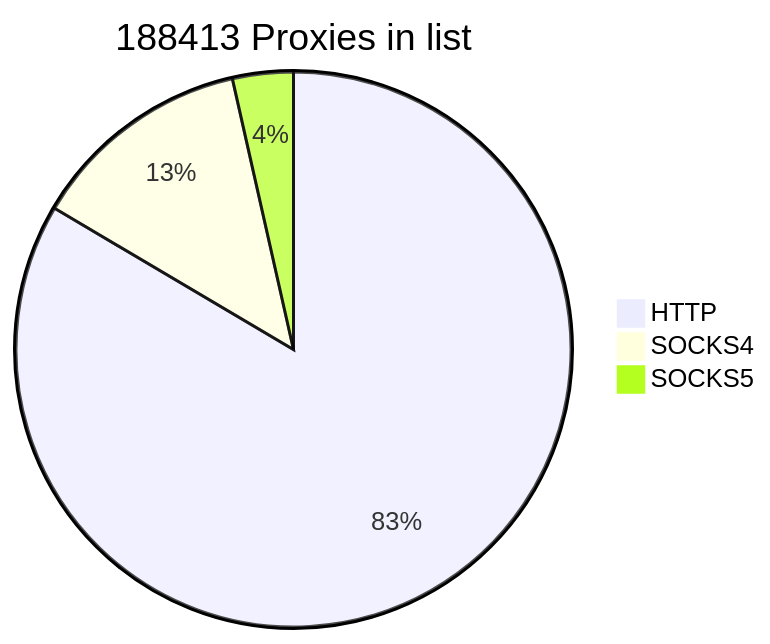
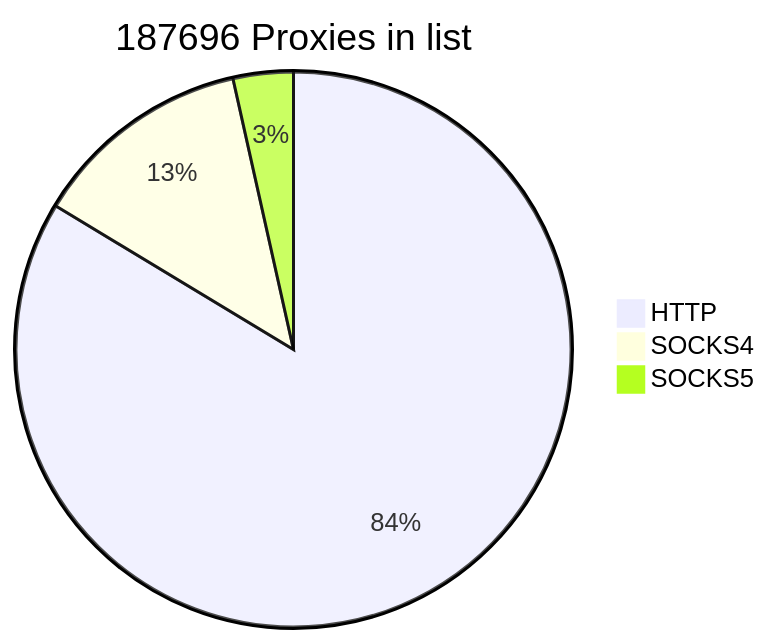
The first of 2 diagrams in README.md (cutipu/proxylist), drawn with Mermaid before and after one commit. The commit also changed other lines of this file, not shown here.

````diff
--- a/README.md
+++ b/README.md
@@ -2,7 +2,7 @@
 ```mermaid
-pie title 188413 Proxies in list
-    "HTTP" : 157324
-    "SOCKS4" : 24434
-    "SOCKS5" : 6655
+pie title 187696 Proxies in list
+    "HTTP" : 157004
+    "SOCKS4" : 24123
+    "SOCKS5" : 6569
             
 ```
````
